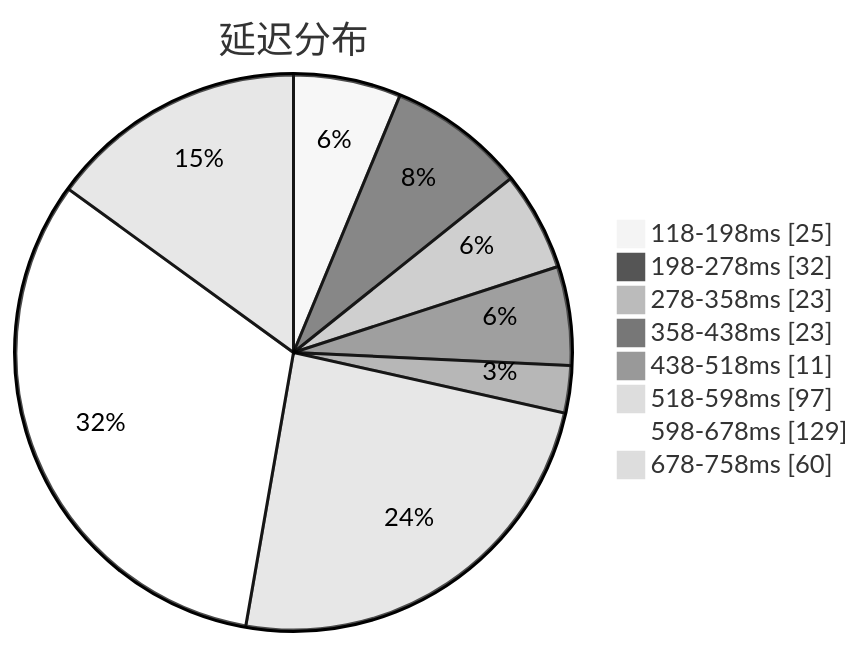
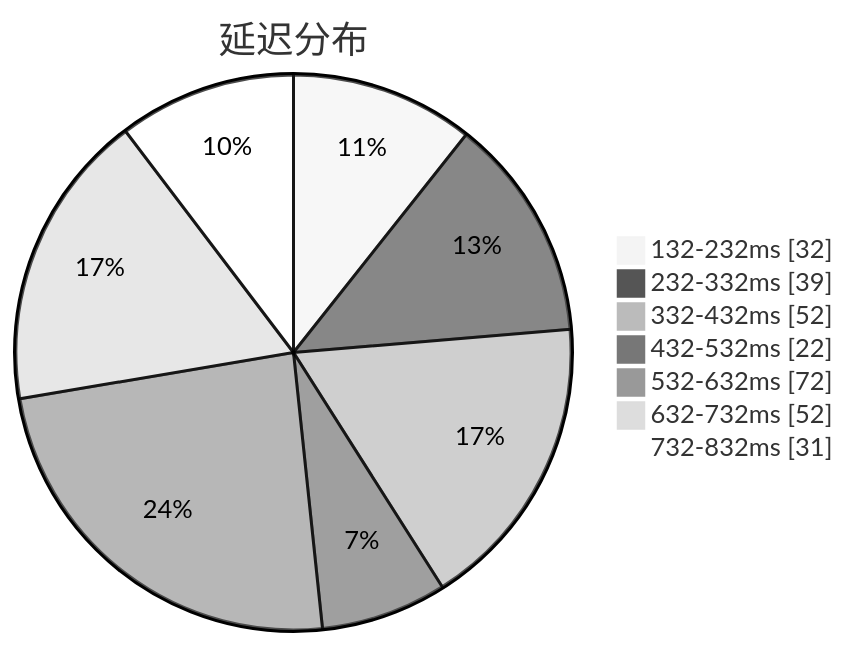
Before and after one commit to qjlxg/airport: the first of 3 diagrams in subs/statistics/tested_within.md, drawn with Mermaid (neutral theme). The commit also changed other lines of this file and 2 other files, not shown here.

Commit message:
Tested by metaST

````diff
--- a/subs/statistics/tested_within.md
+++ b/subs/statistics/tested_within.md
@@ -2,12 +2,11 @@
 ```mermaid
 pie showData
 title 延迟分布
-"118-198ms" : 25
-"198-278ms" : 32
-"278-358ms" : 23
-"358-438ms" : 23
-"438-518ms" : 11
-"518-598ms" : 97
-"598-678ms" : 129
-"678-758ms" : 60
+"132-232ms" : 32
+"232-332ms" : 39
+"332-432ms" : 52
+"432-532ms" : 22
+"532-632ms" : 72
+"632-732ms" : 52
+"732-832ms" : 31
 ```
````
